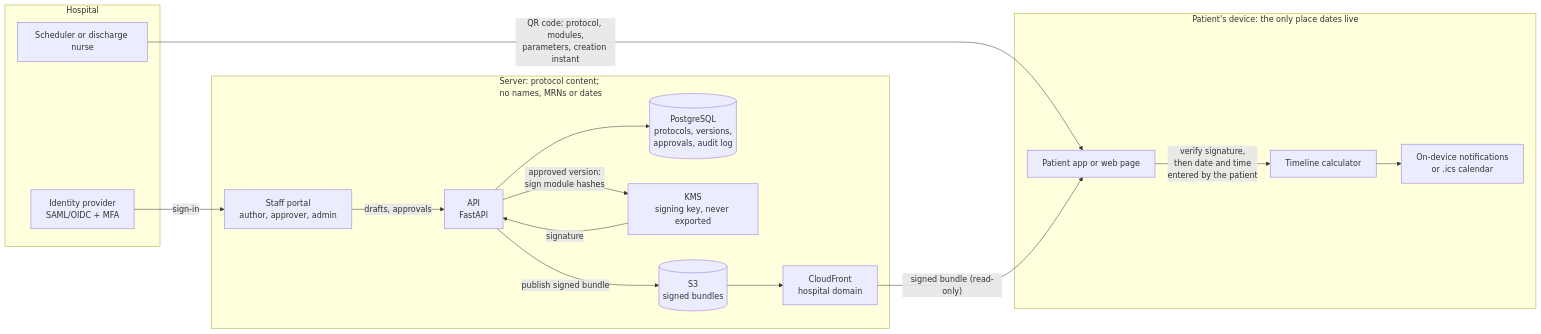
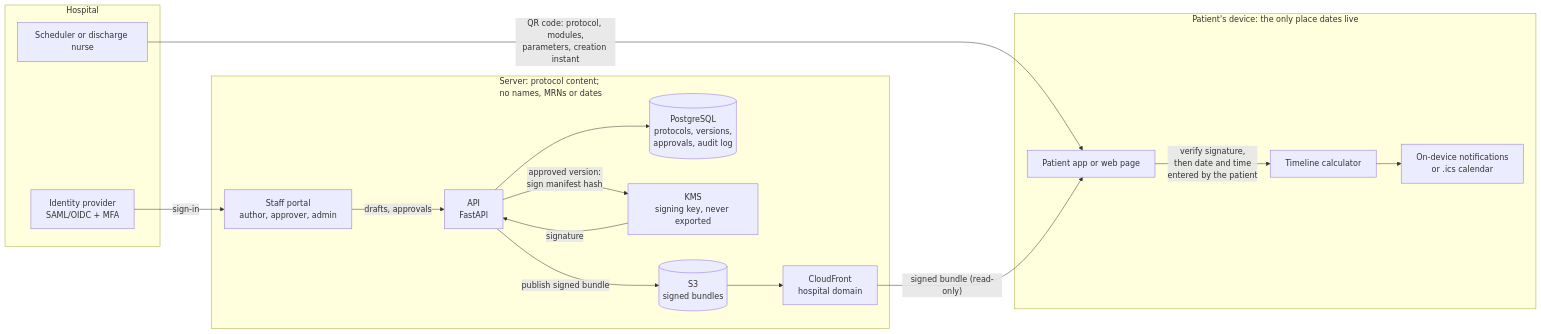
Before and after one commit to Triple-S-Sajjad/prep-timeline: the diagram in docs/data-flow.md, drawn with Mermaid. The commit also changed other lines of this file and 57 other files, not shown here.

Commit message:
Slice 6: verify bundle signature, version and module hashes on the phone

````diff
--- a/docs/data-flow.md
+++ b/docs/data-flow.md
@@ -5,34 +5,34 @@
 ```mermaid
 flowchart LR
   subgraph Hospital["Hospital"]
     IdP["Identity provider<br/>SAML/OIDC + MFA"]
     Scheduler["Scheduler or discharge nurse"]
   end
 
   subgraph AWS["Server: protocol content;<br/>no names, MRNs or dates"]
     Portal["Staff portal<br/>author, approver, admin"]
     API["API<br/>FastAPI"]
     DB[("PostgreSQL<br/>protocols, versions,<br/>approvals, audit log")]
     KMS["KMS<br/>signing key, never exported"]
     S3[("S3<br/>signed bundles")]
     CDN["CloudFront<br/>hospital domain"]
   end
 
   subgraph Device["Patient's device: the only place dates live"]
     App["Patient app or web page"]
     Calc["Timeline calculator"]
     Notify["On-device notifications<br/>or .ics calendar"]
   end
 
   IdP -- "sign-in" --> Portal
   Portal -- "drafts, approvals" --> API
   API --> DB
-  API -- "approved version:<br/>sign module hashes" --> KMS
+  API -- "approved version:<br/>sign manifest hash" --> KMS
   KMS -- "signature" --> API
   API -- "publish signed bundle" --> S3
   S3 --> CDN
   Scheduler -- "QR code: protocol, modules,<br/>parameters, creation instant" --> App
   CDN -- "signed bundle (read-only)" --> App
   App -- "verify signature,<br/>then date and time<br/>entered by the patient" --> Calc
   Calc --> Notify
 ```
````
